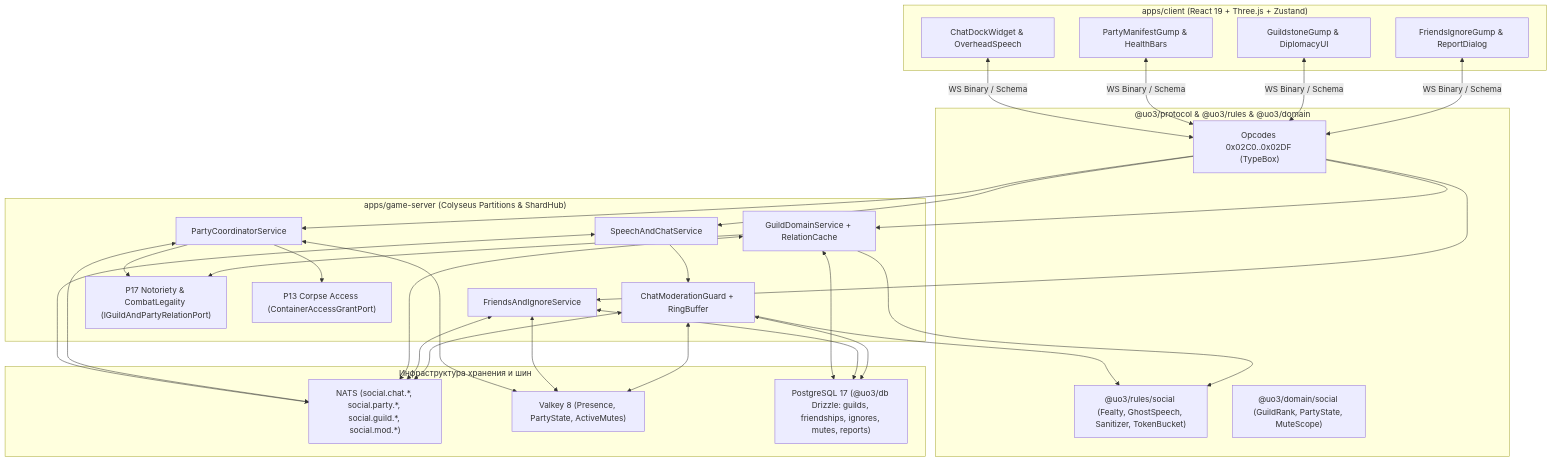
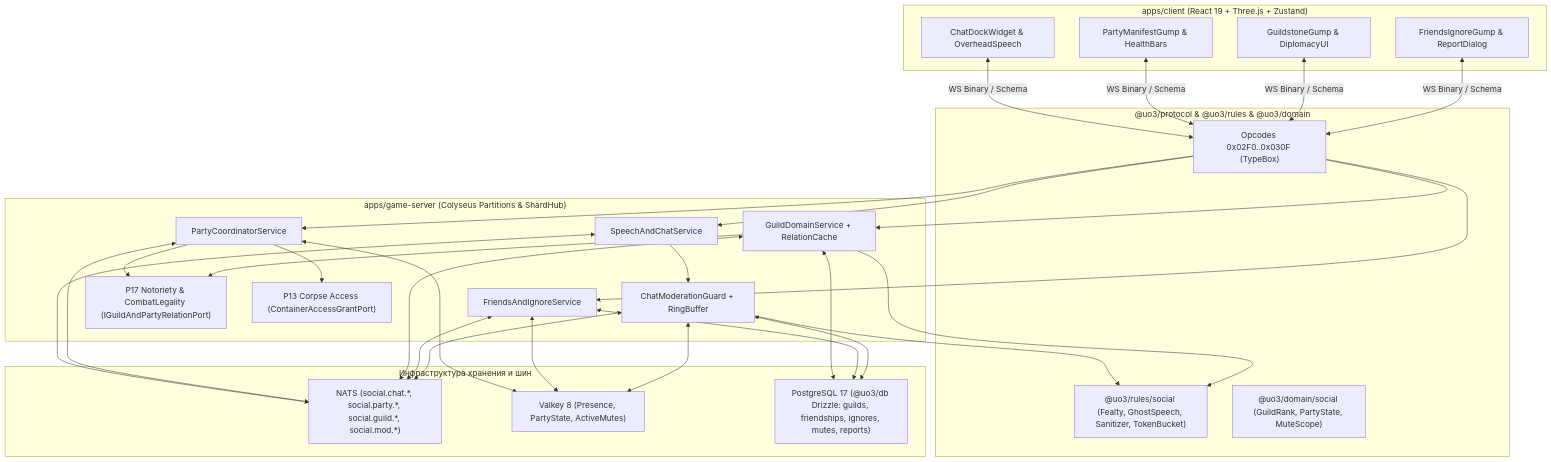
One commit to SergioAndreev/uo3 changed the first of 3 diagrams in openspec/changes/p26-social-systems/design.md. Above: the diagram before and after it, drawn with Mermaid. The commit also changed other lines of this file and 188 other files, not shown here.

````diff
--- a/openspec/changes/p26-social-systems/design.md
+++ b/openspec/changes/p26-social-systems/design.md
@@ -79,42 +79,42 @@
 ```mermaid
 flowchart TD
     subgraph Client["apps/client (React 19 + Three.js + Zustand)"]
         CD["ChatDockWidget & OverheadSpeech"]
         PG["PartyManifestGump & HealthBars"]
         GG["GuildstoneGump & DiplomacyUI"]
         FG["FriendsIgnoreGump & ReportDialog"]
     end
 
     subgraph Protocol["@uo3/protocol & @uo3/rules & @uo3/domain"]
-        OP["Opcodes 0x02C0..0x02DF (TypeBox)"]
+        OP["Opcodes 0x02F0..0x030F (TypeBox)"]
         RL["@uo3/rules/social (Fealty, GhostSpeech, Sanitizer, TokenBucket)"]
         DM["@uo3/domain/social (GuildRank, PartyState, MuteScope)"]
     end
 
     subgraph GameServer["apps/game-server (Colyseus Partitions & ShardHub)"]
         SR["SpeechAndChatService"]
         MG["ChatModerationGuard + RingBuffer"]
         PC["PartyCoordinatorService"]
         GD["GuildDomainService + RelationCache"]
         FI["FriendsAndIgnoreService"]
         P17["P17 Notoriety & CombatLegality (IGuildAndPartyRelationPort)"]
         P13["P13 Corpse Access (ContainerAccessGrantPort)"]
     end
 
     subgraph Infra["Инфраструктура хранения и шин"]
         NATS["NATS (social.chat.*, social.party.*, social.guild.*, social.mod.*)"]
         VK["Valkey 8 (Presence, PartyState, ActiveMutes)"]
         PGDB["PostgreSQL 17 (@uo3/db Drizzle: guilds, friendships, ignores, mutes, reports)"]
     end
 
     CD & PG & GG & FG <-->|"WS Binary / Schema"| OP
     OP --> SR & PC & GD & FI
     SR --> MG
     MG --> RL
     GD --> RL
     PC & GD --> P17
     PC --> P13
     SR & PC & GD & FI & MG <--> NATS
     PC & FI & MG <--> VK
     GD & FI & MG <--> PGDB
 ```
````
